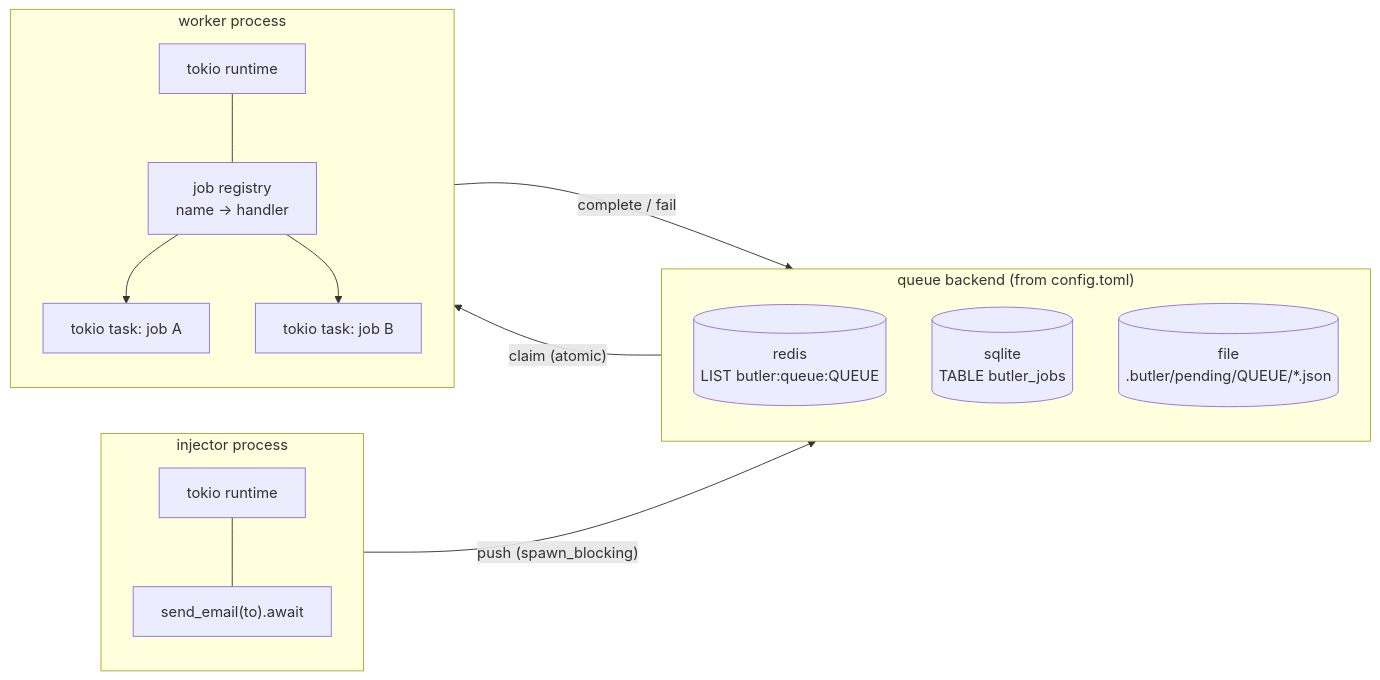
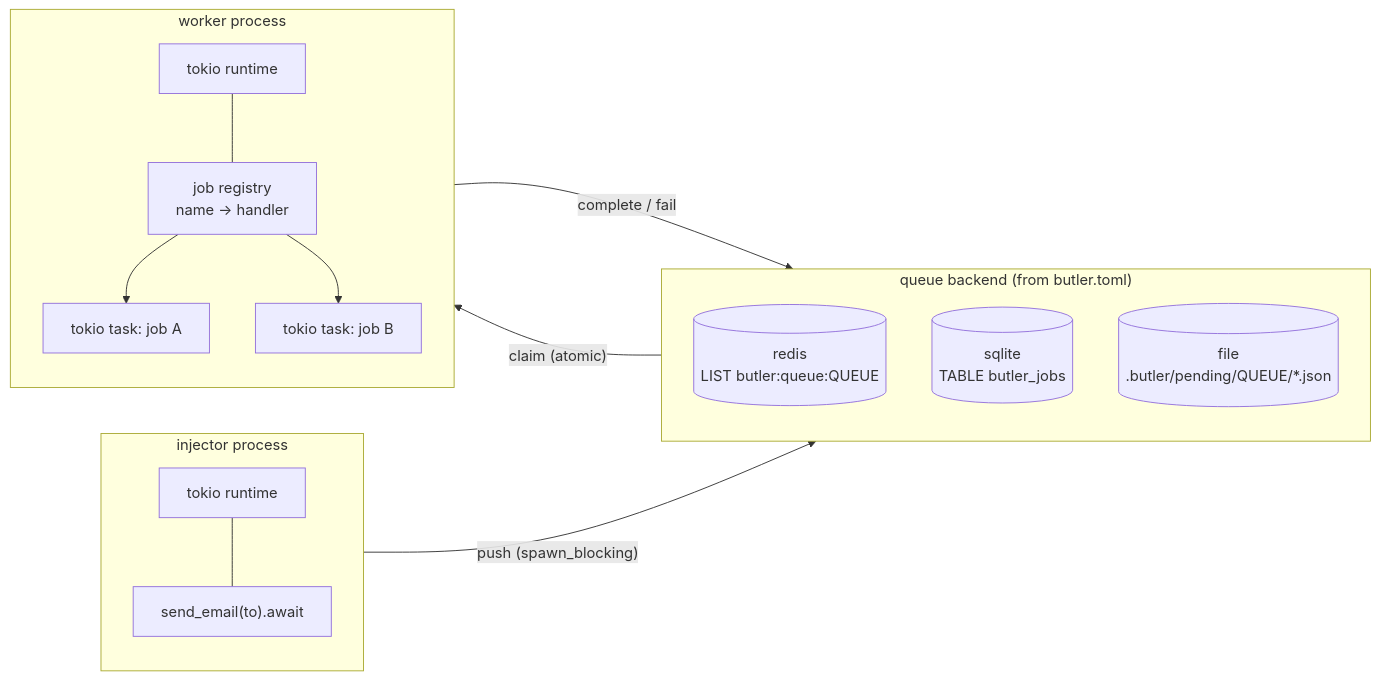
Before and after one commit to penso/butler: the third of 4 diagrams in README.md, drawn with Mermaid. The commit also changed other lines of this file and 16 other files, not shown here.

First line of the commit message:
fix(config)!: use butler.toml to avoid host configuration conflicts

````diff
--- a/README.md
+++ b/README.md
@@ -400,31 +400,31 @@
 ```mermaid
 flowchart LR
     subgraph injector["injector process"]
         direction TB
         rt1["tokio runtime"]
         enqueue["send_email(to).await"]
         rt1 --- enqueue
     end
 
-    subgraph backend["queue backend (from config.toml)"]
+    subgraph backend["queue backend (from butler.toml)"]
         direction TB
         redis[("redis<br/>LIST butler:queue:QUEUE")]
         sqlite[("sqlite<br/>TABLE butler_jobs")]
         file[("file<br/>.butler/pending/QUEUE/*.json")]
     end
 
     subgraph worker["worker process"]
         direction TB
         rt2["tokio runtime"]
         reg["job registry<br/>name → handler"]
         task1["tokio task: job A"]
         task2["tokio task: job B"]
         rt2 --- reg
         reg --> task1
         reg --> task2
     end
 
     enqueue -- "push (spawn_blocking)" --> backend
     backend -- "claim (atomic)" --> worker
     worker -- "complete / fail" --> backend
 ```
````
